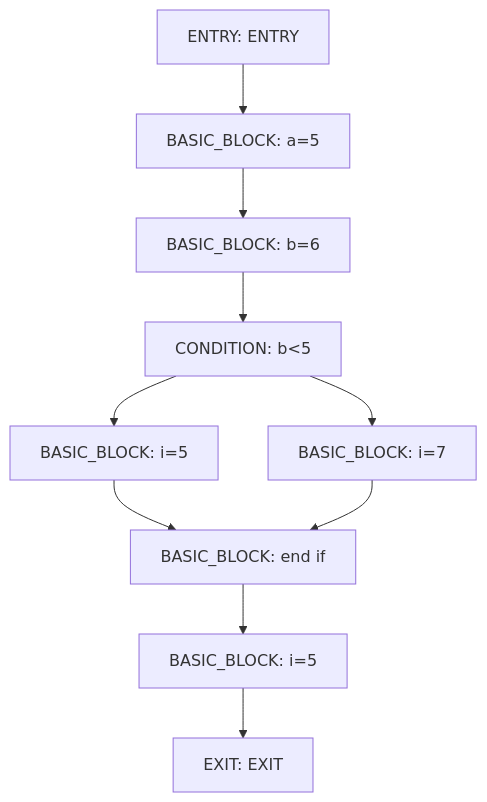
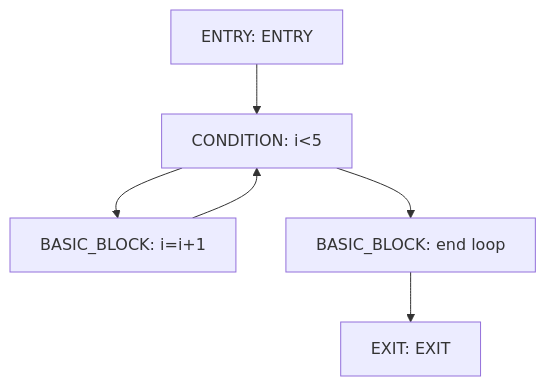
One commit to ErnandesDaniel/system-software-lab-2 changed the diagram in cfg/main.mmd. Above: the diagram before and after it, drawn with Mermaid. The commit also changed 3 other files, not shown here.

```diff
--- a/cfg/main.mmd
+++ b/cfg/main.mmd
@@ -1,19 +1,11 @@
 graph TD;
 N0["ENTRY: ENTRY"]
 N1["EXIT: EXIT"]
-N2["BASIC_BLOCK: a=5"]
-N3["BASIC_BLOCK: b=6"]
-N4["CONDITION: b<5"]
-N5["BASIC_BLOCK: i=5"]
-N6["BASIC_BLOCK: i=7"]
-N7["BASIC_BLOCK: end if"]
-N8["BASIC_BLOCK: i=5"]
+N2["CONDITION: i<5"]
+N3["BASIC_BLOCK: i=i+1"]
+N4["BASIC_BLOCK: end loop"]
 N0 --> N2
 N2 --> N3
-N3 --> N4
-N4 --> N5
-N4 --> N6
-N5 --> N7
-N6 --> N7
-N7 --> N8
-N8 --> N1
+N3 --> N2
+N2 --> N4
+N4 --> N1
```
